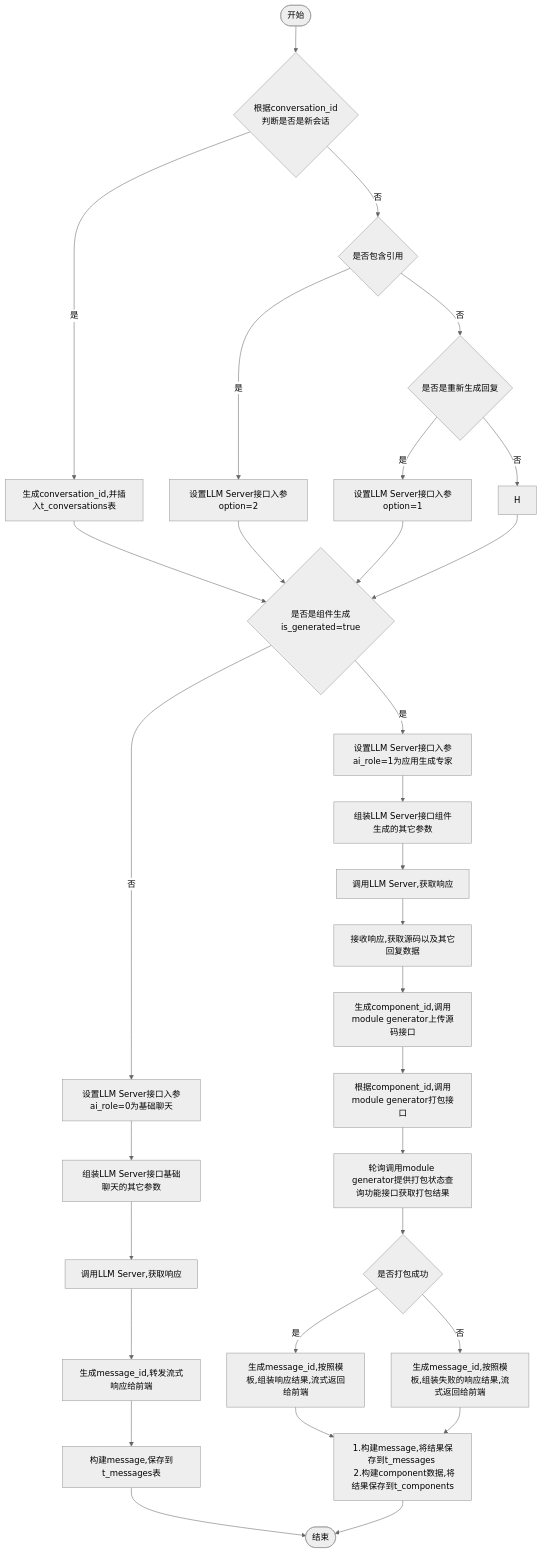
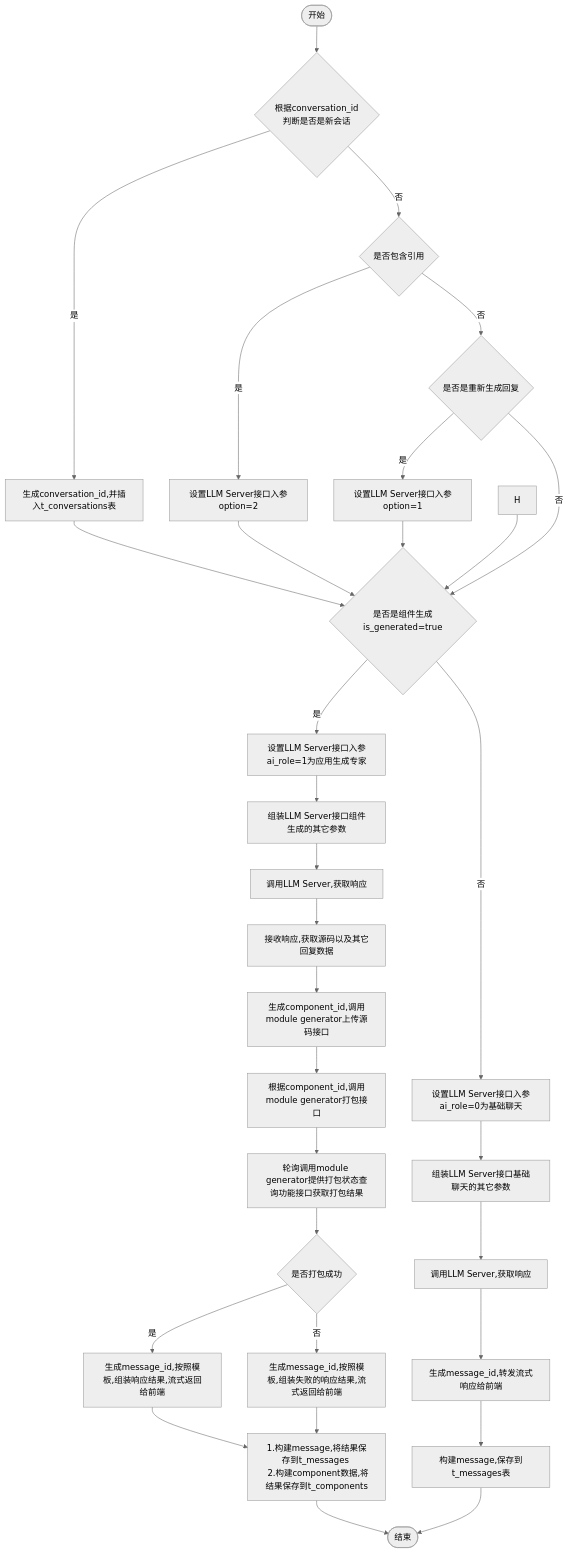
The diagram in all/w3-会话-不需要传递message.md (yingjianzh/iodraw-files), drawn with Mermaid (neutral theme) before and after one commit.

Commit message:
2024-10-14 11:11:32 update

````diff
--- a/all/w3-会话-不需要传递message.md
+++ b/all/w3-会话-不需要传递message.md
@@ -1,35 +1,35 @@
 ```mermaid
 flowchart TD
     A([开始]) --> B{根据conversation_id \n 判断是否是新会话}
     B -- 是 --> C[生成conversation_id,并插入t_conversations表]
     B -- 否 --> D{是否包含引用}
     D -- 是 --> E[设置LLM Server接口入参option=2]
     D -- 否 --> F{是否是重新生成回复}
     F -- 是 --> G[设置LLM Server接口入参option=1]
-    F -- 否 --> H
+    F -- 否 --> I
      
     C & E & G & H --> I{是否是组件生成is_generated=true}
     I -- 是 --> J[设置LLM Server接口入参ai_role=1为应用生成专家]
     I -- 否 --> K[设置LLM Server接口入参ai_role=0为基础聊天]
 
 
     J --> L[组装LLM Server接口组件生成的其它参数]    
     K --> M[组装LLM Server接口基础聊天的其它参数]    
     M --> N[调用LLM Server,获取响应]    
     N --> O[生成message_id,转发流式响应给前端]
     O --> P[构建message,保存到t_messages表]
     P --> R([结束])
 
 
     L --> S[调用LLM Server,获取响应]
     S --> T[接收响应,获取源码以及其它回复数据]
     T --> U[生成component_id,调用module generator上传源码接口]
     U --> V[根据component_id,调用module generator打包接口]
     V --> W[轮询调用module generator提供打包状态查询功能接口获取打包结果]
     W --> X{是否打包成功}
     X -- 是 --> Y[生成message_id,按照模板,组装响应结果,流式返回给前端]
     X -- 否 --> Z[生成message_id,按照模板,组装失败的响应结果,流式返回给前端]
 
     Y & Z --> Result[1.构建message,将结果保存到t_messages \n 2.构建component数据,将结果保存到t_components]
     Result --> R
 ```
````
